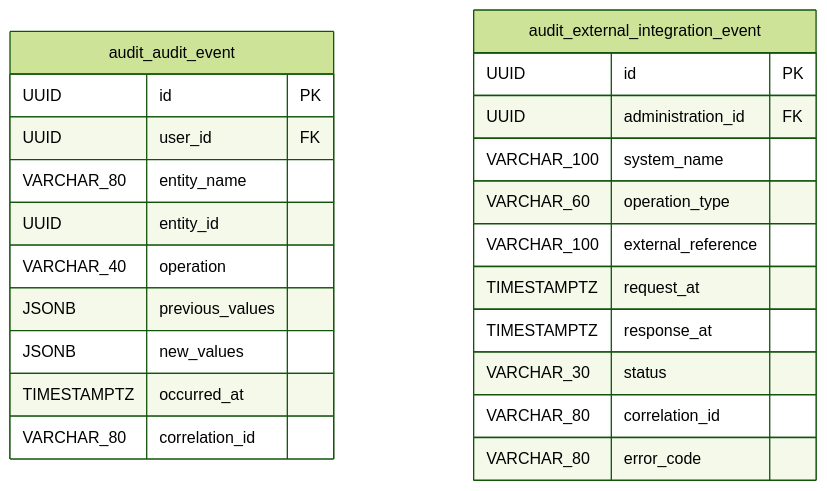
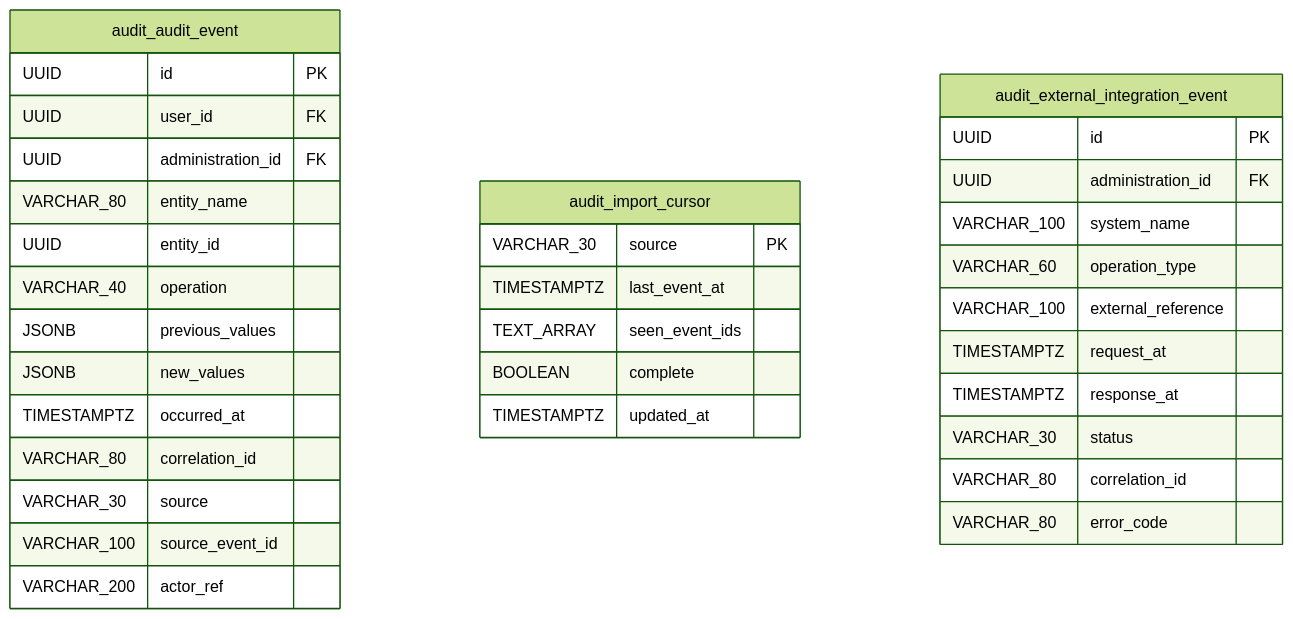
One commit to jorgearaujoSap/liv changed the tenth of 11 diagrams in docs/funcional/ERD_impuesto_vehicular_definitivo_v2_CSV_cartera.md. Above: the diagram before and after it, drawn with Mermaid (forest theme). The commit also changed other lines of this file and 6 other files, not shown here.

First line of the commit message:
docs(001): cierre de la feature 001, ERD 2.1, matriz de permisos y glosario (#111)

````diff
--- a/docs/funcional/ERD_impuesto_vehicular_definitivo_v2_CSV_cartera.md
+++ b/docs/funcional/ERD_impuesto_vehicular_definitivo_v2_CSV_cartera.md
@@ -1007,26 +1028,37 @@
 ```mermaid
 erDiagram
     audit_audit_event {
         UUID id PK
         UUID user_id FK
+        UUID administration_id FK
         VARCHAR_80 entity_name
         UUID entity_id
         VARCHAR_40 operation
         JSONB previous_values
         JSONB new_values
         TIMESTAMPTZ occurred_at
         VARCHAR_80 correlation_id
+        VARCHAR_30 source
+        VARCHAR_100 source_event_id
+        VARCHAR_200 actor_ref
+    }
+    audit_import_cursor {
+        VARCHAR_30 source PK
+        TIMESTAMPTZ last_event_at
+        TEXT_ARRAY seen_event_ids
+        BOOLEAN complete
+        TIMESTAMPTZ updated_at
     }
     audit_external_integration_event {
         UUID id PK
         UUID administration_id FK
         VARCHAR_100 system_name
         VARCHAR_60 operation_type
         VARCHAR_100 external_reference
         TIMESTAMPTZ request_at
         TIMESTAMPTZ response_at
         VARCHAR_30 status
         VARCHAR_80 correlation_id
         VARCHAR_80 error_code
     }
 ```
````
